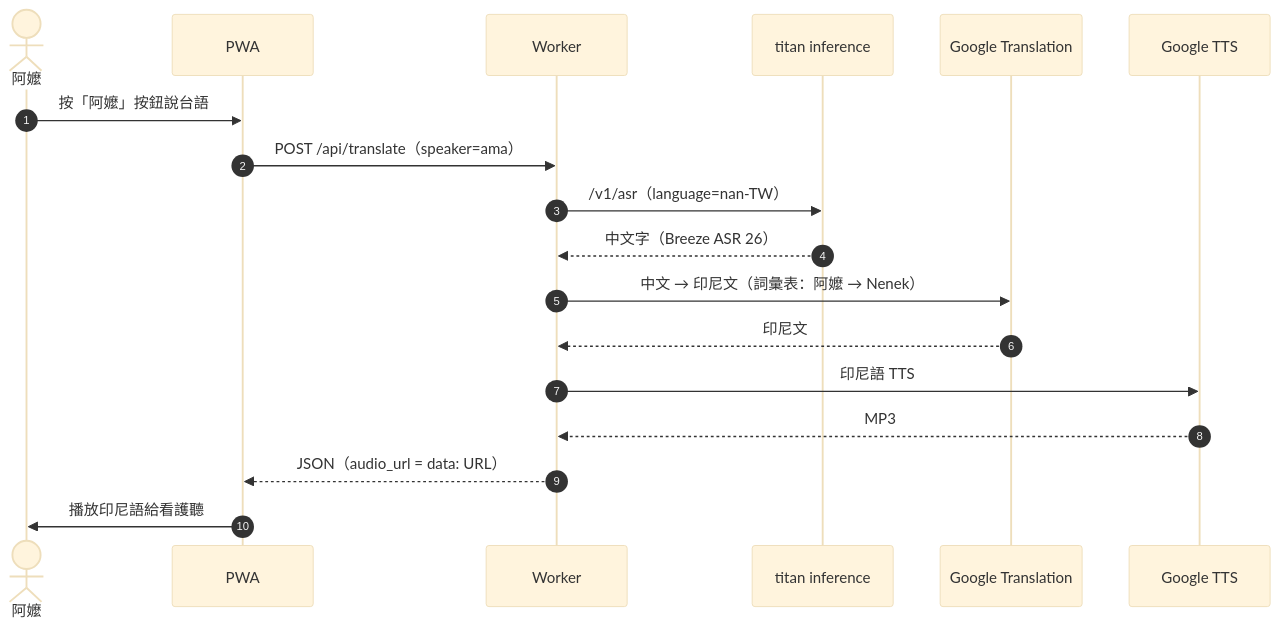
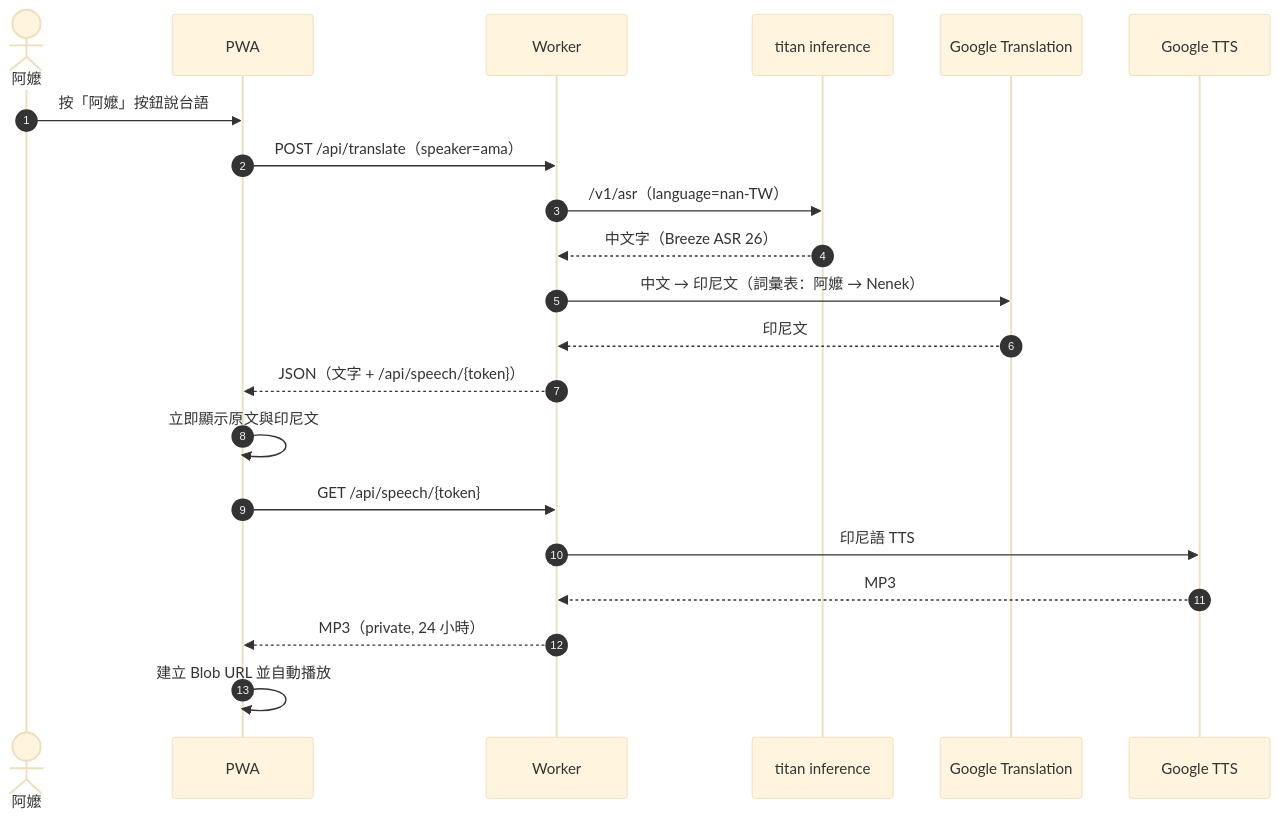
One commit to HsuChen88/ama-and-nurse changed the second of 4 diagrams in README.md. Above: the diagram before and after it, drawn with Mermaid (base theme). The commit also changed other lines of this file and 2 other files, not shown here.

Commit message:
docs: define progressive speech API flow

````diff
--- a/README.md
+++ b/README.md
@@ -81,21 +81,24 @@
 ```mermaid
 sequenceDiagram
     autonumber
     actor Ama as 阿嬤
     participant PWA
     participant W as Worker
     participant I as titan inference
     participant GT as Google Translation
     participant GS as Google TTS
 
     Ama->>PWA: 按「阿嬤」按鈕說台語
     PWA->>W: POST /api/translate（speaker=ama）
     W->>I: /v1/asr（language=nan-TW）
     I-->>W: 中文字（Breeze ASR 26）
     W->>GT: 中文 → 印尼文（詞彙表：阿嬤 → Nenek）
     GT-->>W: 印尼文
+    W-->>PWA: JSON（文字 + /api/speech/{token}）
+    PWA->>PWA: 立即顯示原文與印尼文
+    PWA->>W: GET /api/speech/{token}
     W->>GS: 印尼語 TTS
     GS-->>W: MP3
-    W-->>PWA: JSON（audio_url = data: URL）
-    PWA->>Ama: 播放印尼語給看護聽
+    W-->>PWA: MP3（private, 24 小時）
+    PWA->>PWA: 建立 Blob URL 並自動播放
 ```
````
